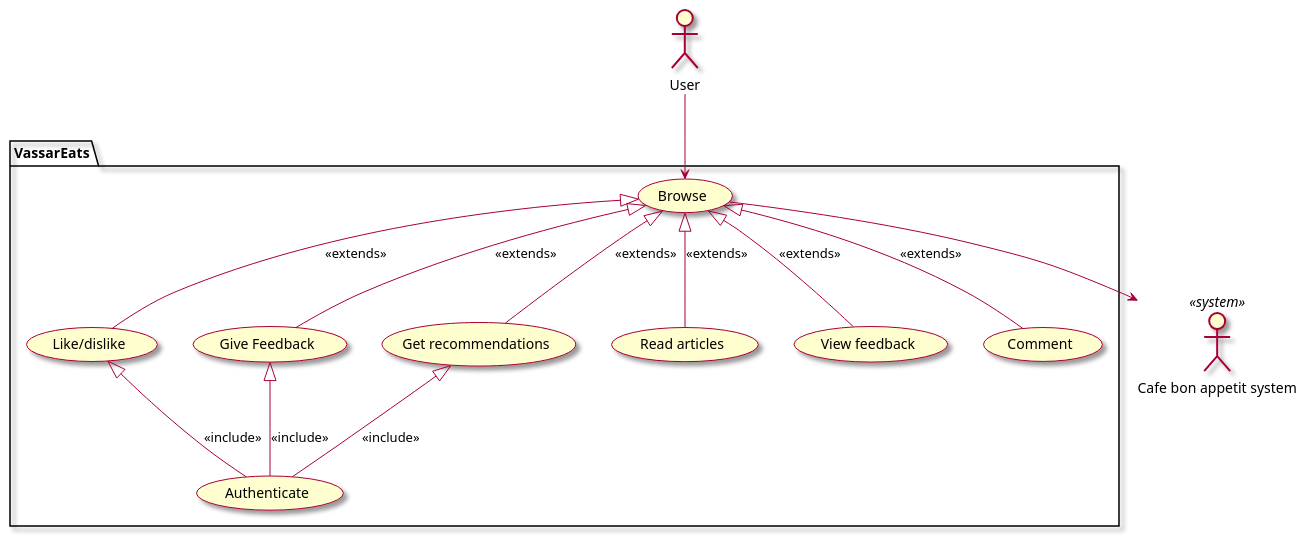
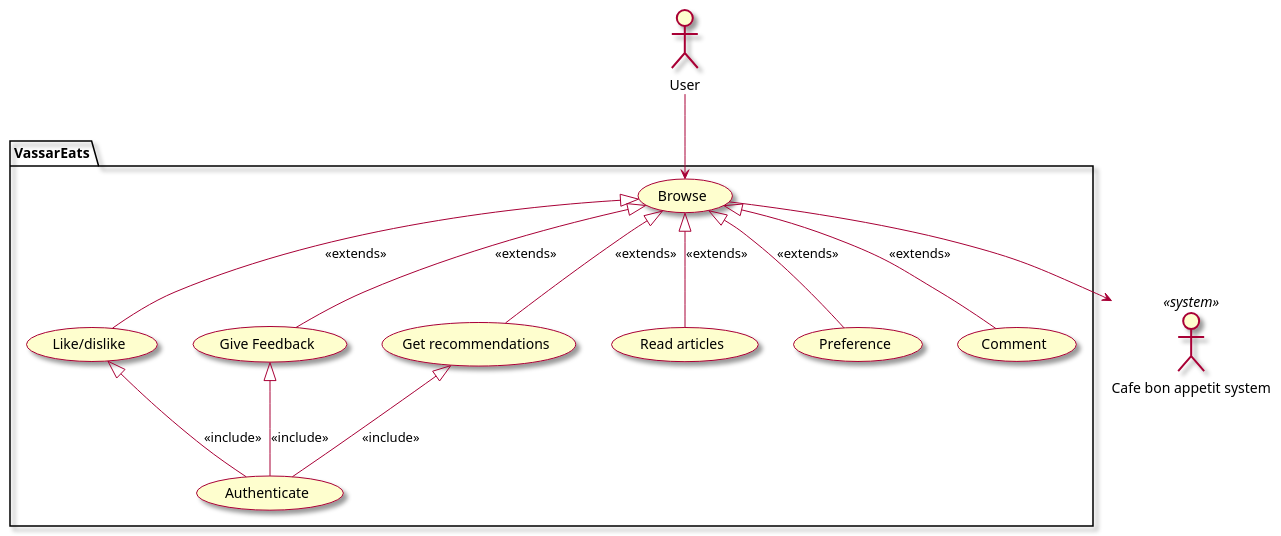
One commit to EzekielEkanem/team-1d changed the diagram in intellij/doc/vision.md. Above: the diagram before and after it, drawn with PlantUML. The commit also changed other lines of this file and 3 other files, not shown here.

````diff
--- a/intellij/doc/vision.md
+++ b/intellij/doc/vision.md
@@ -35,41 +36,41 @@
 ```plantuml
 skin rose
 
 ' human actors
 actor "User" as user
 
 ' system actors
 actor "Cafe bon appetit system" <<system>> as cafebonappetit
 
 ' list all use cases in package
 package VassarEats{
     
     usecase "Browse" as browseMenu
     usecase "Like/dislike" as preferenceType
     usecase "Give Feedback" as giveFeedback
     usecase "Get recommendations" as getRecommendations
     usecase "Read articles" as readArticles
-    usecase "View feedback" as viewFeedback
+    usecase "Preference" as preference
     usecase "Comment" as comment
     
     usecase "Authenticate" as authenticate
 }
 
 ' list relationships between actors and use cases
 user --> browseMenu
 
 browseMenu <|-- readArticles : <<extends>>
-browseMenu <|-- viewFeedback : <<extends>>
+browseMenu <|-- preference : <<extends>>
 browseMenu <|-- giveFeedback : <<extends>>
 browseMenu <|-- preferenceType : <<extends>>
 browseMenu <|-- getRecommendations : <<extends>>
 browseMenu <|-- comment : <<extends>>
 
 giveFeedback <|-- authenticate : <<include>>
 preferenceType <|-- authenticate : <<include>>
 getRecommendations <|-- authenticate : <<include>>
 
 
 ' system actors
 browseMenu --> cafebonappetit
 ```
````
